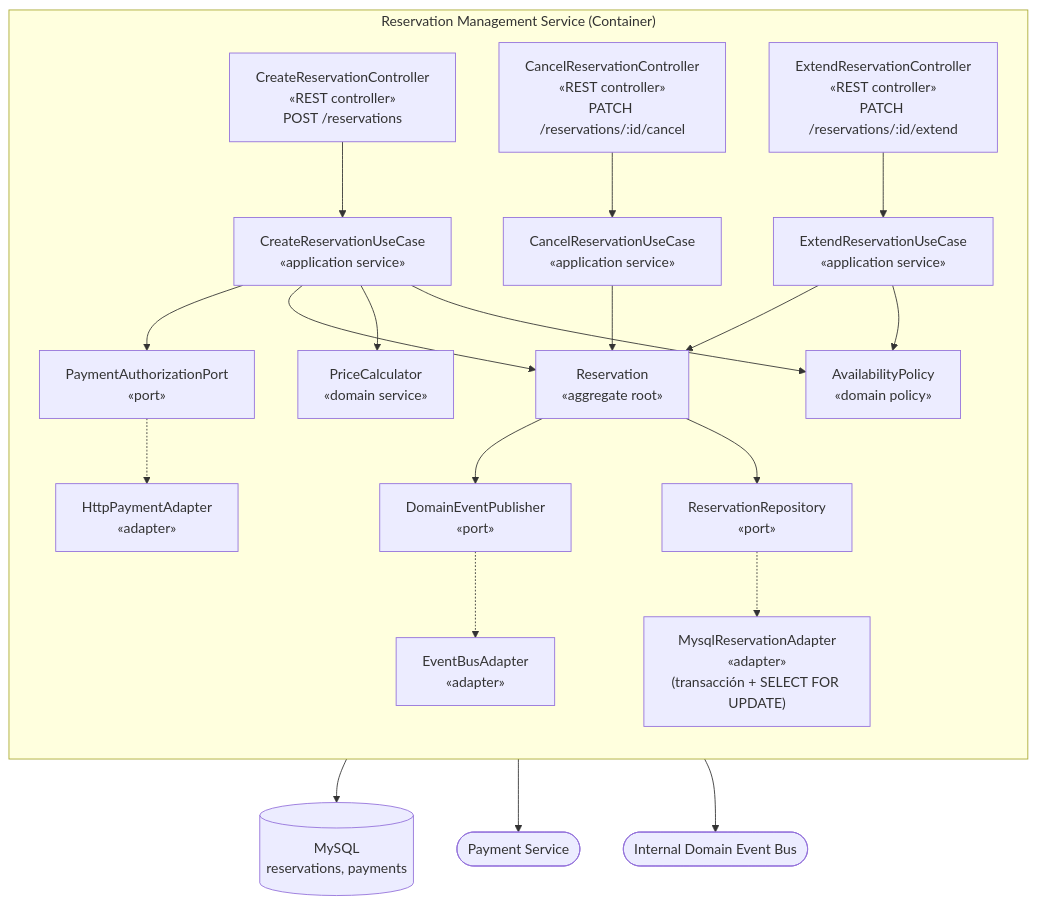
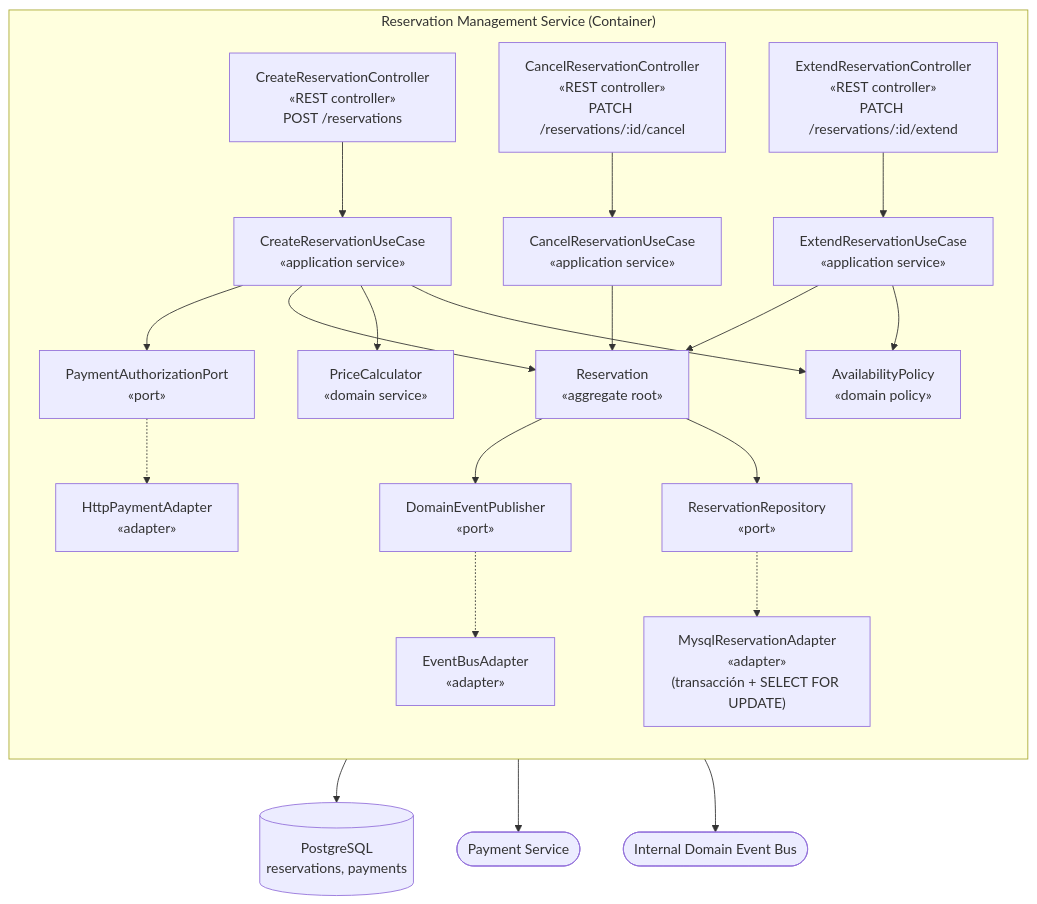
Before and after one commit to 1ASI0657-2610-17949-ParkLink/ParkLink-Report: the fourth of 12 diagrams in README.md, drawn with Mermaid. The commit also changed other lines of this file, not shown here.

Commit message:
fix: actualizar referencias de MySQL a PostgreSQL en dokumentación

````diff
--- a/README.md
+++ b/README.md
@@ -1306,43 +1306,43 @@
 ```mermaid
 flowchart TB
     subgraph Reservation["Reservation Management Service (Container)"]
         direction TB
         CreateCtrl["CreateReservationController<br/>«REST controller»<br/>POST /reservations"]
         CancelCtrl["CancelReservationController<br/>«REST controller»<br/>PATCH /reservations/:id/cancel"]
         ExtendCtrl["ExtendReservationController<br/>«REST controller»<br/>PATCH /reservations/:id/extend"]
         CreateApp["CreateReservationUseCase<br/>«application service»"]
         CancelApp["CancelReservationUseCase<br/>«application service»"]
         ExtendApp["ExtendReservationUseCase<br/>«application service»"]
         AvailPolicy["AvailabilityPolicy<br/>«domain policy»"]
         PriceCalc["PriceCalculator<br/>«domain service»"]
         ReservationAgg["Reservation<br/>«aggregate root»"]
         ResRepo["ReservationRepository<br/>«port»"]
         PayPort["PaymentAuthorizationPort<br/>«port»"]
         EventPub["DomainEventPublisher<br/>«port»"]
         ResAdapter["MysqlReservationAdapter<br/>«adapter»<br/>(transacción + SELECT FOR UPDATE)"]
         PayAdapter["HttpPaymentAdapter<br/>«adapter»"]
         EventAdapter["EventBusAdapter<br/>«adapter»"]
     end
-    DB[("MySQL<br/>reservations, payments")]
+    DB[("PostgreSQL<br/>reservations, payments")]
     PaySvc(["Payment Service"])
     Bus(["Internal Domain Event Bus"])
 
     CreateCtrl --> CreateApp
     CancelCtrl --> CancelApp
     ExtendCtrl --> ExtendApp
     CreateApp --> AvailPolicy
     CreateApp --> PriceCalc
     CreateApp --> ReservationAgg
     CancelApp --> ReservationAgg
     ExtendApp --> AvailPolicy
     ExtendApp --> ReservationAgg
     ReservationAgg --> ResRepo
     CreateApp --> PayPort
     ReservationAgg --> EventPub
     ResRepo -.-> ResAdapter
     PayPort -.-> PayAdapter
     EventPub -.-> EventAdapter
     ResAdapter --> DB
     PayAdapter --> PaySvc
     EventAdapter --> Bus
 ```
````
